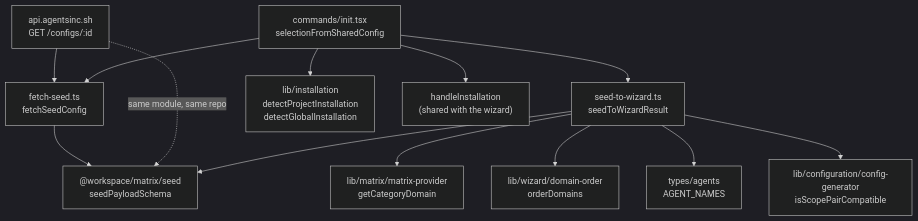
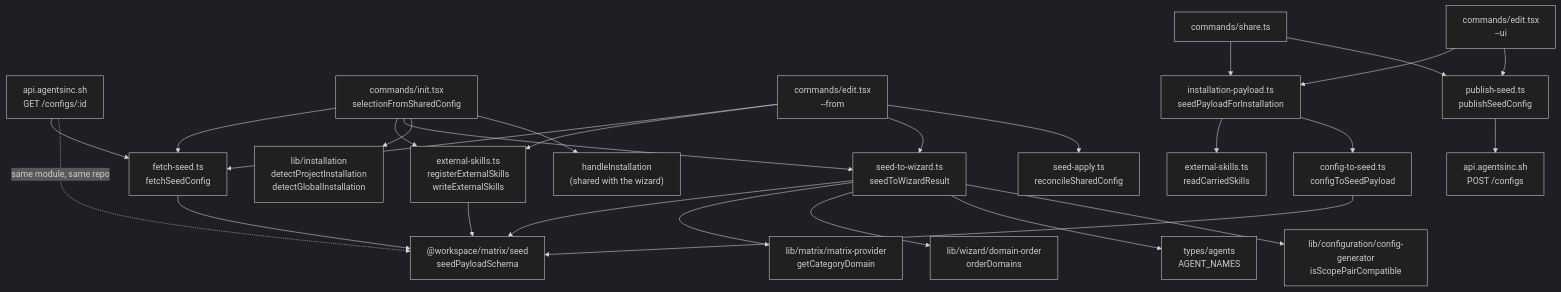
The diagram in packages/cli/.ai-docs/reference/features/seed-contract.md (agents-inc/agents-inc), drawn with Mermaid (dark theme) before and after one commit. The commit also changed other lines of this file and 53 other files, not shown here.

````diff
--- a/packages/cli/.ai-docs/reference/features/seed-contract.md
+++ b/packages/cli/.ai-docs/reference/features/seed-contract.md
@@ -86,15 +135,31 @@
 ```mermaid
 graph TD
-  Worker["api.agentsinc.sh<br/>GET /configs/:id"] --> Fetch
-  Init["commands/init.tsx<br/>selectionFromSharedConfig"] --> Fetch["fetch-seed.ts<br/>fetchSeedConfig"]
+  Worker["api.agentsinc.sh<br/>GET /configs/:id"] --> Fetch["fetch-seed.ts<br/>fetchSeedConfig"]
+  Init["commands/init.tsx<br/>selectionFromSharedConfig"] --> Fetch
+  EditFrom["commands/edit.tsx<br/>--from"] --> Fetch
   Fetch --> Schema["@workspace/matrix/seed<br/>seedPayloadSchema"]
   Worker -.->|"same module, same repo"| Schema
+
+  Init --> Seat["external-skills.ts<br/>registerExternalSkills<br/>writeExternalSkills"]
+  EditFrom --> Seat
+  Seat --> Schema
   Init --> Map["seed-to-wizard.ts<br/>seedToWizardResult"]
+  EditFrom --> Map
   Map --> Schema
   Map --> Matrix["lib/matrix/matrix-provider<br/>getCategoryDomain"]
   Map --> Order["lib/wizard/domain-order<br/>orderDomains"]
   Map --> Agents["types/agents<br/>AGENT_NAMES"]
   Map --> Scope["lib/configuration/config-generator<br/>isScopePairCompatible"]
+  EditFrom --> Apply["seed-apply.ts<br/>reconcileSharedConfig"]
   Init --> Detect["lib/installation<br/>detectProjectInstallation<br/>detectGlobalInstallation"]
   Init --> Spine["handleInstallation<br/>(shared with the wizard)"]
+
+  Share["commands/share.ts"] --> Prep["installation-payload.ts<br/>seedPayloadForInstallation"]
+  EditUi["commands/edit.tsx<br/>--ui"] --> Prep
+  Prep --> Read["external-skills.ts<br/>readCarriedSkills"]
+  Prep --> ToSeed["config-to-seed.ts<br/>configToSeedPayload"]
+  ToSeed --> Schema
+  Share --> Publish["publish-seed.ts<br/>publishSeedConfig"]
+  EditUi --> Publish
+  Publish --> Store["api.agentsinc.sh<br/>POST /configs"]
 ```
````
